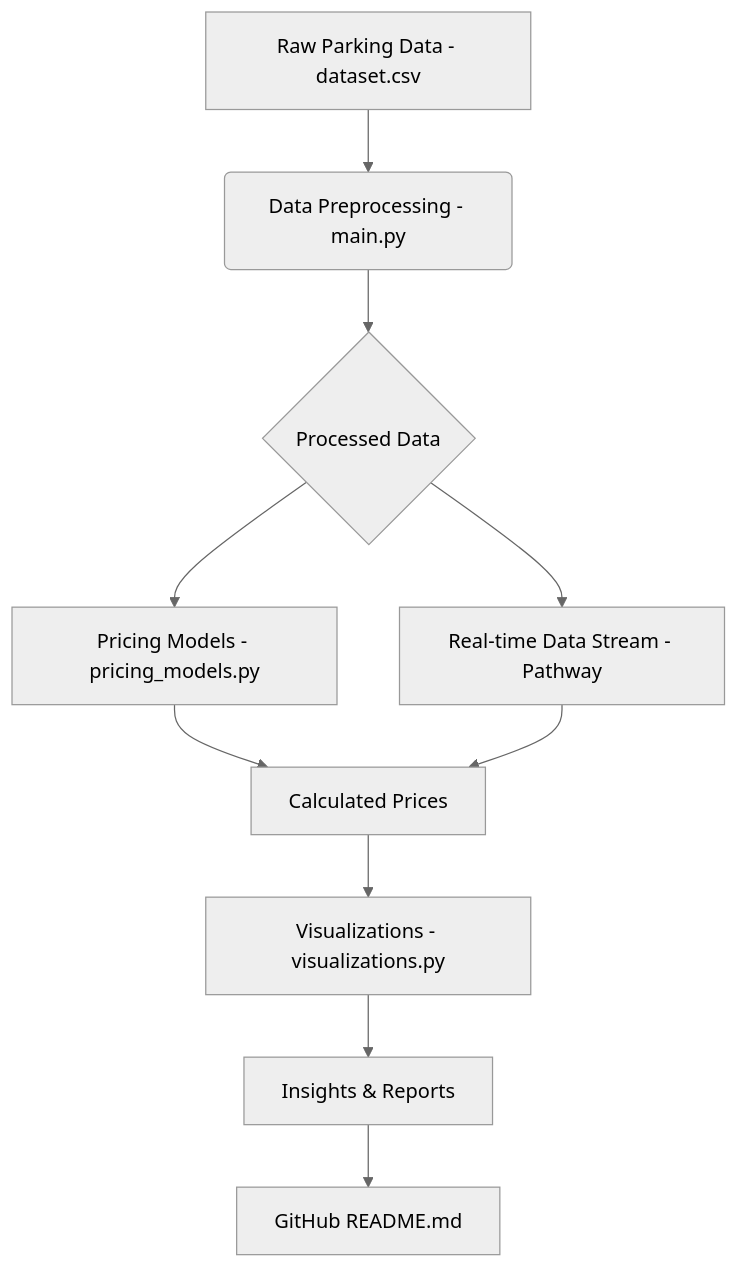
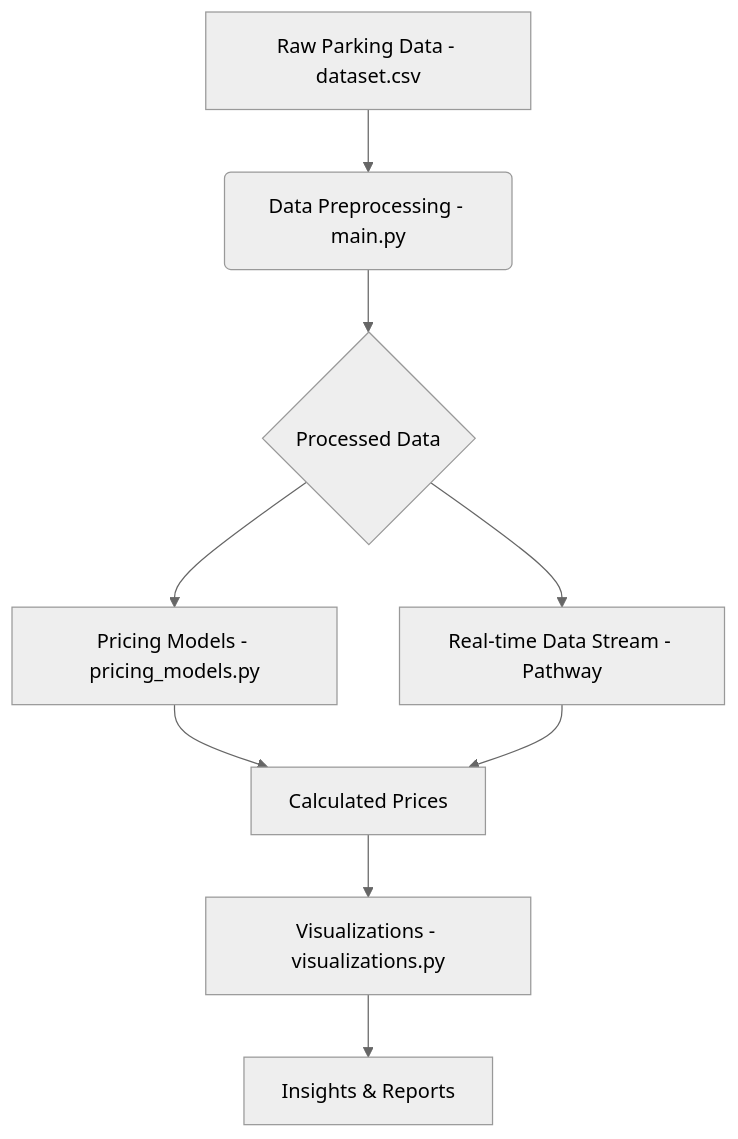
Before and after one commit to lucasmark07/SummerCapstone25: the diagram in Dynamic Parking Pricing System.md, drawn with Mermaid (neutral theme). The commit also changed other lines of this file, not shown here.

````diff
--- a/Dynamic Parking Pricing System.md
+++ b/Dynamic Parking Pricing System.md
@@ -23,12 +23,11 @@
 ```mermaid
 graph TD
     A[Raw Parking Data - dataset.csv] --> B(Data Preprocessing - main.py)
     B --> C{Processed Data}
     C --> D[Pricing Models - pricing_models.py]
     C --> E[Real-time Data Stream - Pathway]
     D --> F[Calculated Prices]
     E --> F
     F --> G[Visualizations - visualizations.py]
     G --> H[Insights & Reports]
-    H --> I[GitHub README.md]
 ```
````
